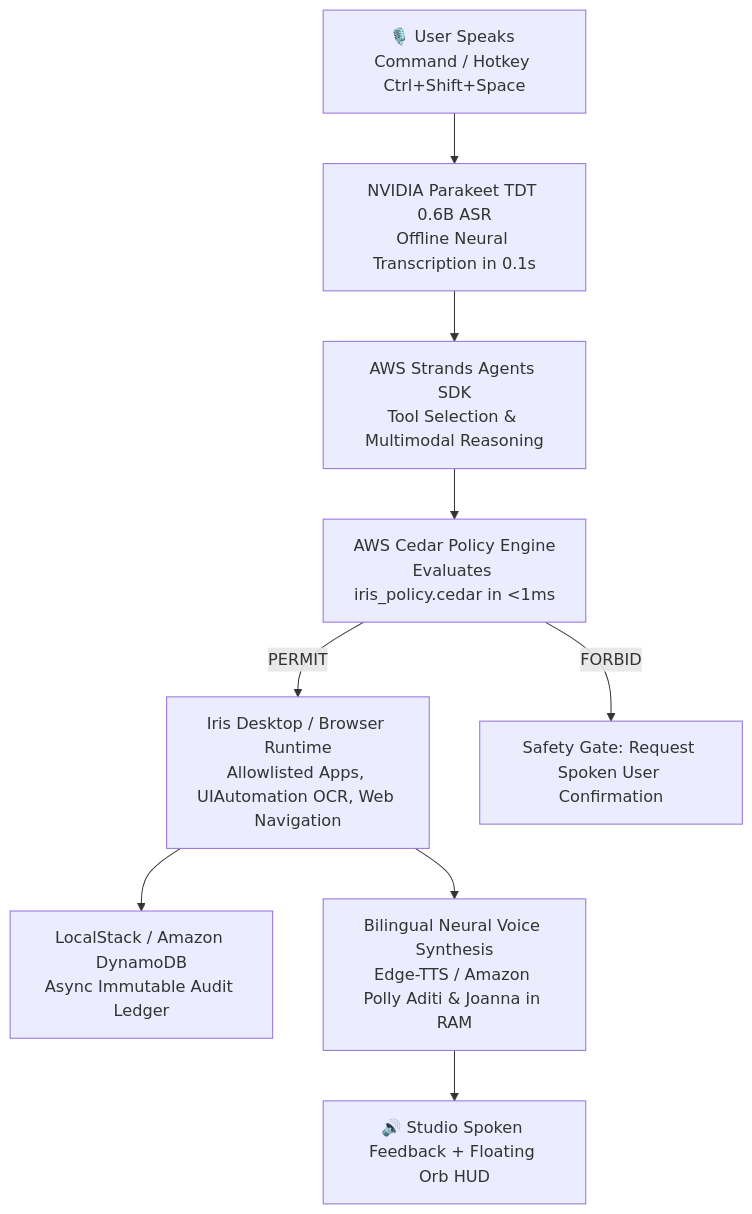
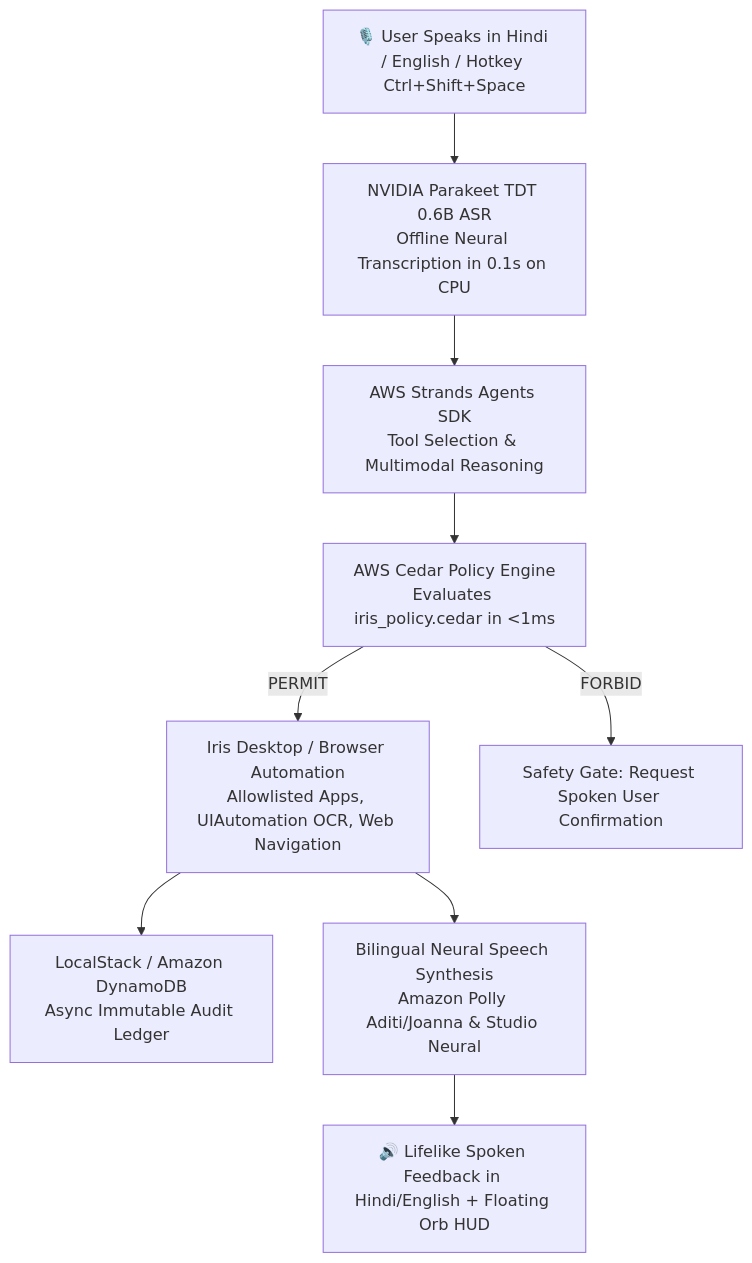
Before and after one commit to ashima19arora/iris-voice-assistant: the diagram in AWS_INTEGRATION.md, drawn with Mermaid. The commit also changed other lines of this file, not shown here.

````diff
--- a/AWS_INTEGRATION.md
+++ b/AWS_INTEGRATION.md
@@ -47,11 +50,11 @@
 ```mermaid
 flowchart TD
-    A[🎙️ User Speaks Command / Hotkey Ctrl+Shift+Space] --> B[NVIDIA Parakeet TDT 0.6B ASR\nOffline Neural Transcription in 0.1s]
+    A[🎙️ User Speaks in Hindi / English / Hotkey Ctrl+Shift+Space] --> B[NVIDIA Parakeet TDT 0.6B ASR\nOffline Neural Transcription in 0.1s on CPU]
     B --> C[AWS Strands Agents SDK\nTool Selection & Multimodal Reasoning]
     C --> D[AWS Cedar Policy Engine\nEvaluates iris_policy.cedar in <1ms]
-    D -->|PERMIT| E[Iris Desktop / Browser Runtime\nAllowlisted Apps, UIAutomation OCR, Web Navigation]
+    D -->|PERMIT| E[Iris Desktop / Browser Automation\nAllowlisted Apps, UIAutomation OCR, Web Navigation]
     D -->|FORBID| F[Safety Gate: Request Spoken User Confirmation]
     E --> G[LocalStack / Amazon DynamoDB\nAsync Immutable Audit Ledger]
-    E --> H[Bilingual Neural Voice Synthesis\nEdge-TTS / Amazon Polly Aditi & Joanna in RAM]
-    H --> I[🔊 Studio Spoken Feedback + Floating Orb HUD]
+    E --> H[Bilingual Neural Speech Synthesis\nAmazon Polly Aditi/Joanna & Studio Neural]
+    H --> I[🔊 Lifelike Spoken Feedback in Hindi/English + Floating Orb HUD]
 ```
````
